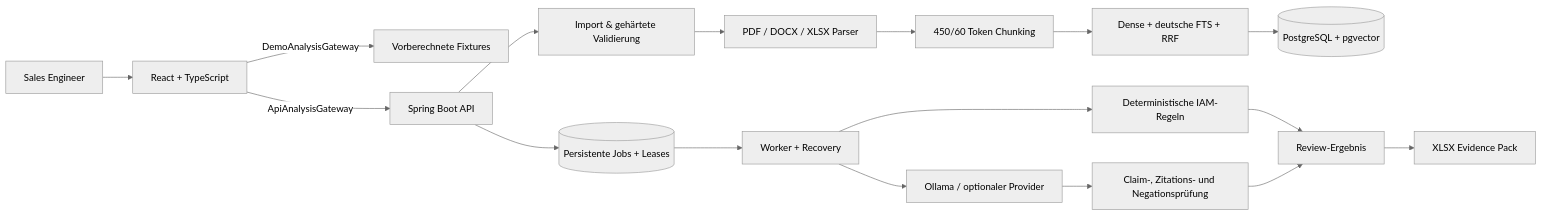
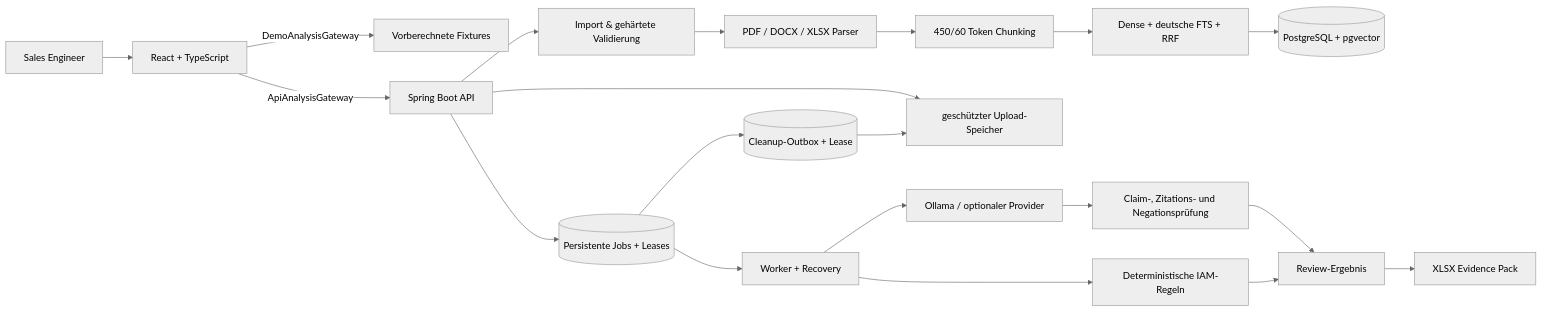
The diagram in README.md (vxx2207/evidencerfp), drawn with Mermaid (neutral theme) before and after one commit. The commit also changed other lines of this file and 48 other files, not shown here.

````diff
--- a/README.md
+++ b/README.md
@@ -87,19 +88,22 @@
 ```mermaid
 flowchart LR
     U[Sales Engineer] --> UI[React + TypeScript]
     UI -->|DemoAnalysisGateway| FIX[Vorberechnete Fixtures]
     UI -->|ApiAnalysisGateway| API[Spring Boot API]
     API --> IMP[Import & gehärtete Validierung]
+    API --> STORE[geschützter Upload-Speicher]
     API --> JOB[(Persistente Jobs + Leases)]
+    JOB --> CLEAN[(Cleanup-Outbox + Lease)]
+    CLEAN --> STORE
     JOB --> ORCH[Worker + Recovery]
     IMP --> DOC[PDF / DOCX / XLSX Parser]
     DOC --> RET[450/60 Token Chunking]
     RET --> HYB[Dense + deutsche FTS + RRF]
     HYB --> DB[(PostgreSQL + pgvector)]
     ORCH --> LLM[Ollama / optionaler Provider]
     ORCH --> IAM[Deterministische IAM-Regeln]
     LLM --> CIT[Claim-, Zitations- und Negationsprüfung]
     IAM --> REV[Review-Ergebnis]
     CIT --> REV
     REV --> EXP[XLSX Evidence Pack]
 ```
````
